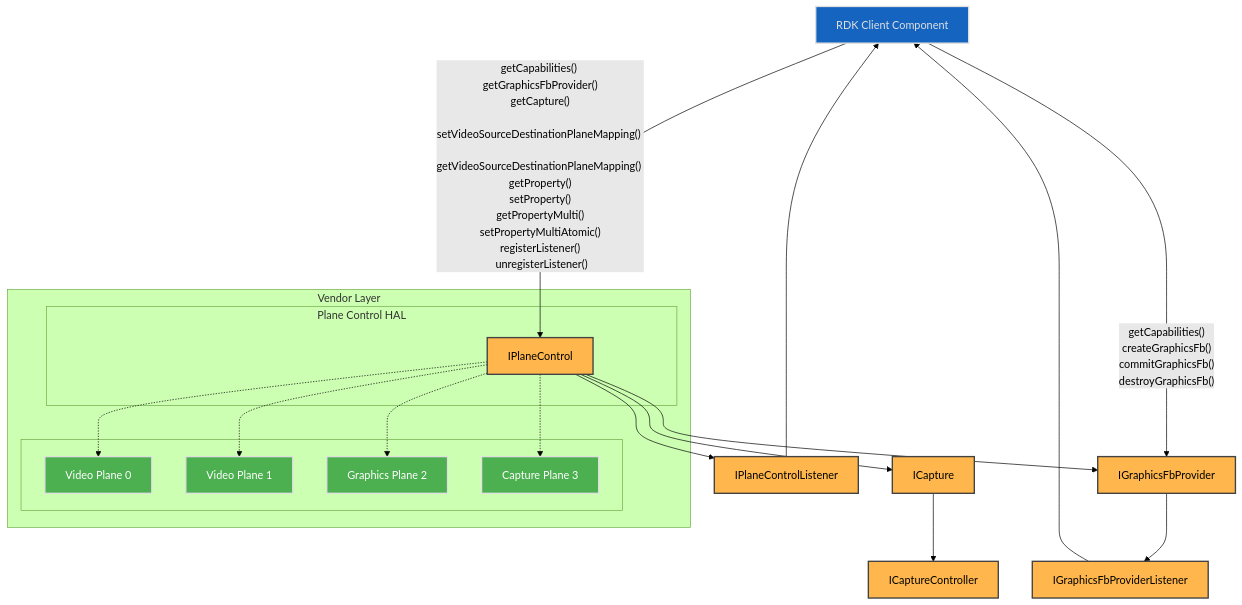
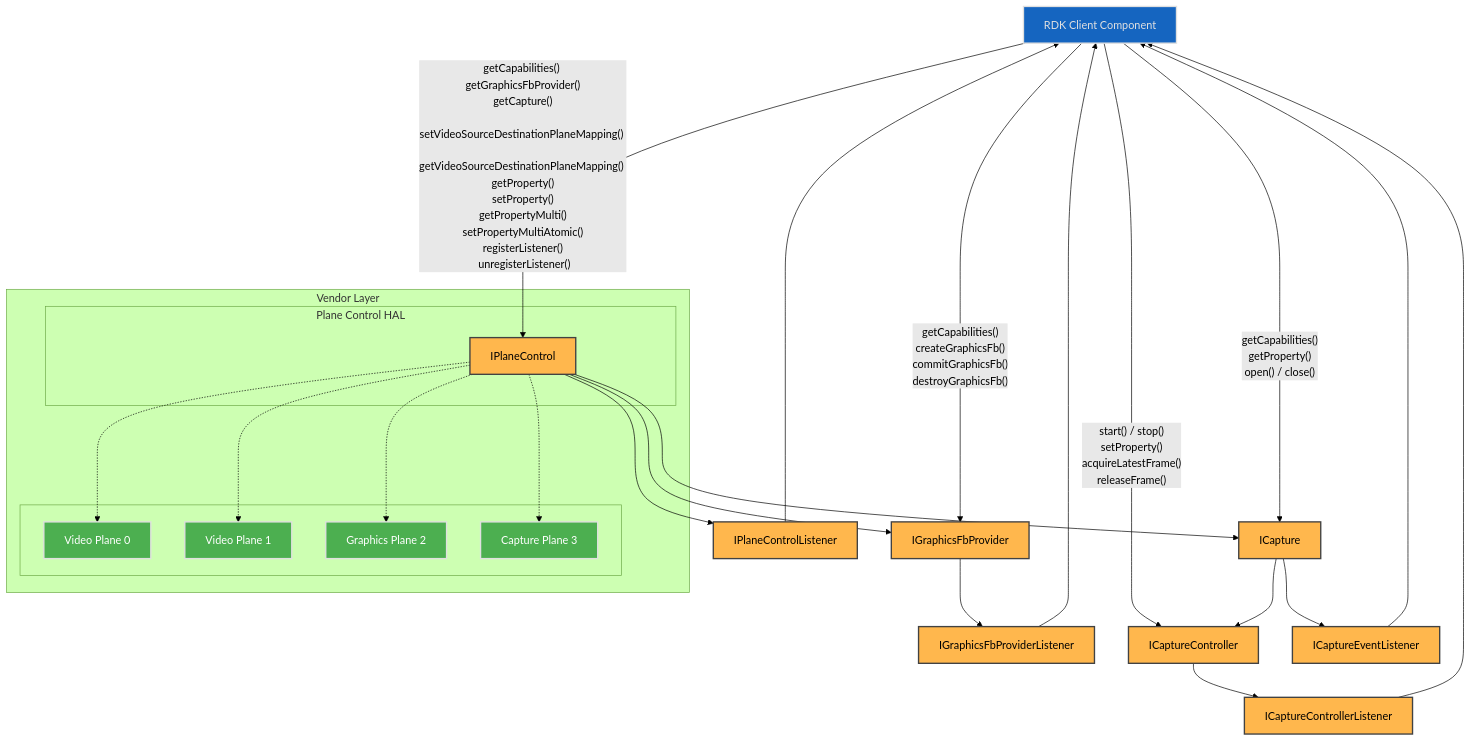
One commit to rdkcentral/rdk-halif-aidl changed the first of 3 diagrams in planecontrol/current/docs/plane_control.md. Above: the diagram before and after it, drawn with Mermaid (forest theme). The commit also changed other lines of this file and 2 other files, not shown here.

Commit message:
docs(planecontrol): state requirements not implementations; split capture and graphics (#753)

```diff
--- a/planecontrol/current/docs/plane_control.md
+++ b/planecontrol/current/docs/plane_control.md
@@ -113,6 +116,8 @@
     IGraphicsFbProviderListener["IGraphicsFbProviderListener"]
     ICapture["ICapture"]
     ICaptureController["ICaptureController"]
+    ICaptureControllerListener["ICaptureControllerListener"]
+    ICaptureEventListener["ICaptureEventListener"]
 
     subgraph Connections["Vendor Layer"]
         subgraph IPlaneControlHAL["Plane Control HAL"]
@@ -136,8 +141,21 @@
     destroyGraphicsFb()
      --> IGraphicsFbProvider
 
+    RDKClientComponent -- getCapabilities()
+    getProperty()
+    open() / close()
+     --> ICapture
+
+    RDKClientComponent -- start() / stop()
+    setProperty()
+    acquireLatestFrame()
+    releaseFrame()
+     --> ICaptureController
+
     IPlaneControlListener --> RDKClientComponent
     IGraphicsFbProviderListener --> RDKClientComponent
+    ICaptureControllerListener --> RDKClientComponent
+    ICaptureEventListener --> RDKClientComponent
 
     %% --- Wrapped Connections in a Subgraph ---
         IPlaneControl --> IPlaneControlListener
@@ -145,6 +163,8 @@
         IGraphicsFbProvider --> IGraphicsFbProviderListener
         IPlaneControl --> ICapture
         ICapture --> ICaptureController
+        ICapture --> ICaptureEventListener
+        ICaptureController --> ICaptureControllerListener
         IPlaneControl -.-> VideoPlane0
         IPlaneControl -.-> VideoPlane1
         IPlaneControl -.-> VideoPlane2
@@ -165,6 +185,8 @@
     IGraphicsFbProviderListener:::wheat
     ICapture:::wheat
     ICaptureController:::wheat
+    ICaptureControllerListener:::wheat
+    ICaptureEventListener:::wheat
     VideoPlane0:::green
     VideoPlane1:::green
     VideoPlane2:::green
```
